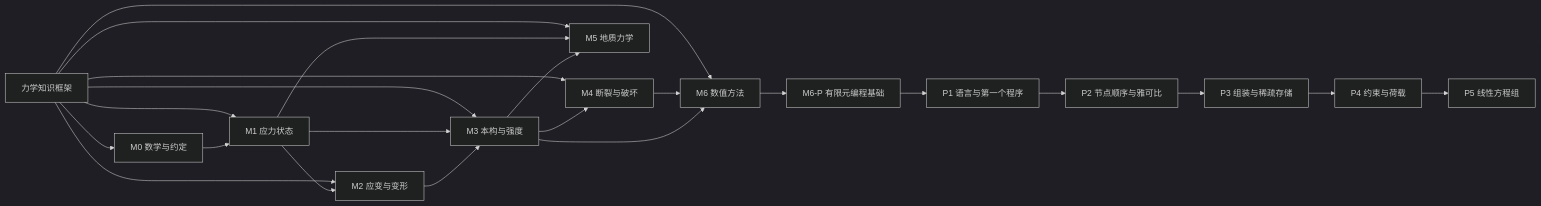
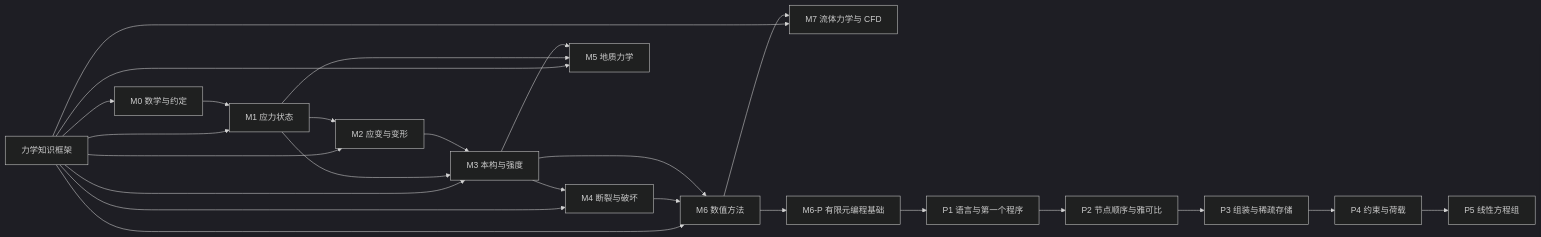
The first of 2 diagrams in knowledge-graph/README.md (Flyme-wang/geo-stress-study), drawn with Mermaid (dark theme) before and after one commit. The commit also changed other lines of this file and 23 other files, not shown here.

````diff
--- a/knowledge-graph/README.md
+++ b/knowledge-graph/README.md
@@ -43,22 +43,24 @@
 ```mermaid
 graph LR
   N0[力学知识框架] --> M0[M0 数学与约定]
   N0 --> M1[M1 应力状态]
   N0 --> M2[M2 应变与变形]
   N0 --> M3[M3 本构与强度]
   N0 --> M4[M4 断裂与破坏]
   N0 --> M5[M5 地质力学]
   N0 --> M6[M6 数值方法]
+  N0 --> M7[M7 流体力学与 CFD]
 
   M0 --> M1
   M1 --> M2
   M1 --> M3
   M2 --> M3
   M3 --> M4
   M1 --> M5
   M3 --> M5
   M4 --> M6
   M3 --> M6
+  M6 --> M7
   M6 --> P[M6-P 有限元编程基础]
   P --> P1[P1 语言与第一个程序] --> P2[P2 节点顺序与雅可比] --> P3[P3 组装与稀疏存储] --> P4[P4 约束与荷载] --> P5[P5 线性方程组]
 ```
````
